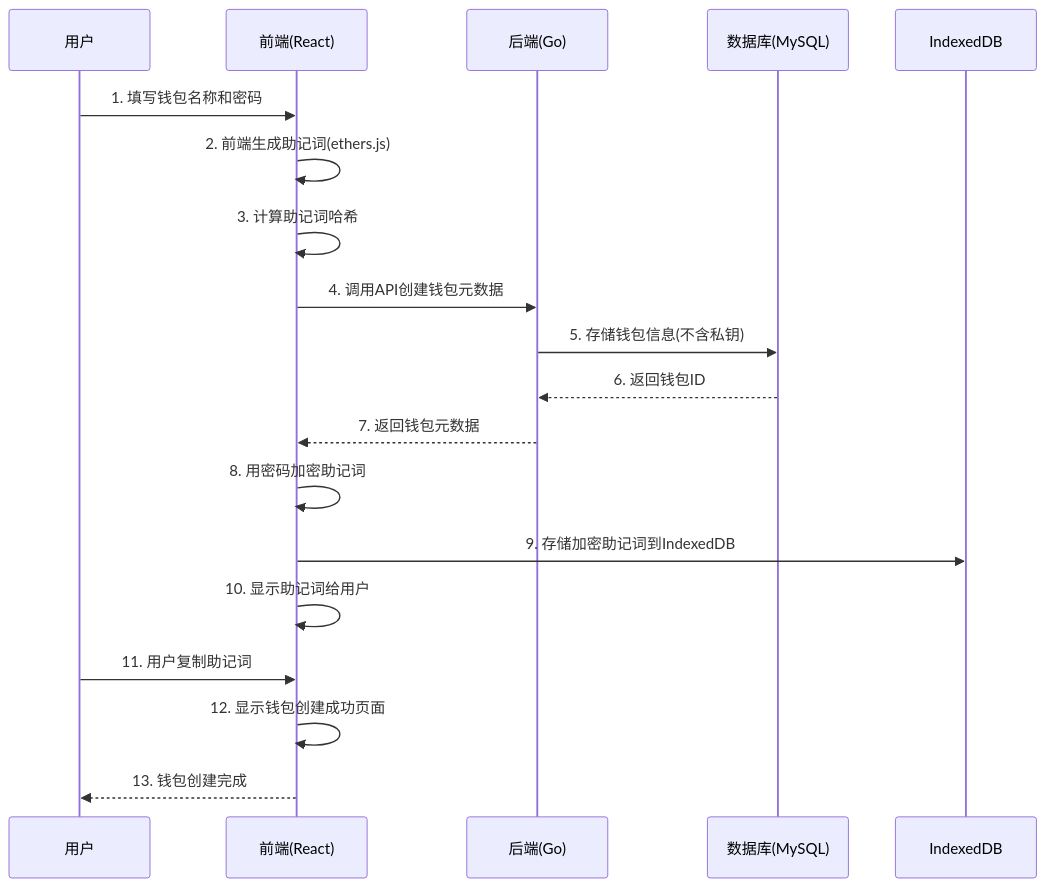
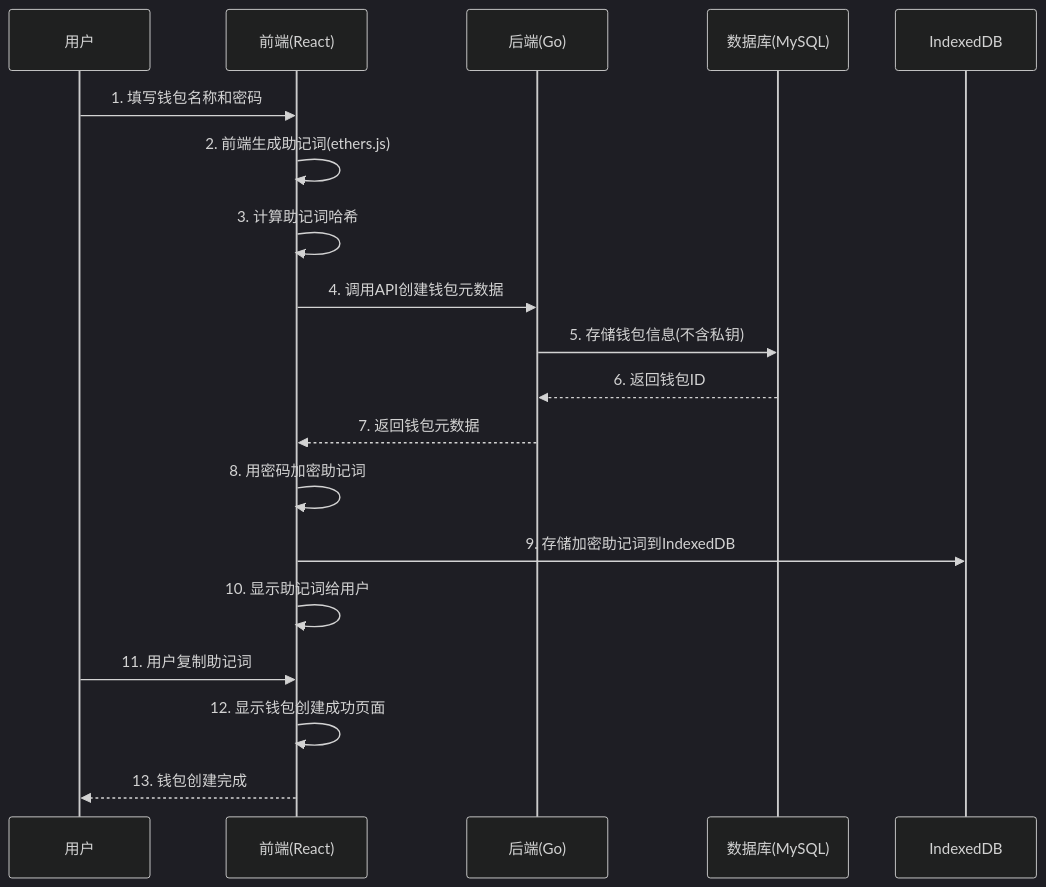
The diagram in content/01-multi-chain-wallet/core-flows/01-create-wallet.mdx (haikelei/web3-dev-lab), drawn with Mermaid before and after one commit. The commit also changed 7 other files, not shown here.

````diff
--- a/content/01-multi-chain-wallet/core-flows/01-create-wallet.mdx
+++ b/content/01-multi-chain-wallet/core-flows/01-create-wallet.mdx
@@ -7,22 +7,23 @@
 ```mermaid
+%%{init: {'theme':'dark', 'themeVariables': {'primaryColor':'#1f2937', 'primaryTextColor':'#e5e7eb', 'primaryBorderColor':'#4b5563', 'lineColor':'#6b7280', 'textColor':'#e5e7eb', 'noteBkgColor':'#374151', 'noteTextColor':'#e5e7eb'}}}%%
 sequenceDiagram
     participant U as 用户
     participant F as 前端(React)
     participant B as 后端(Go)
     participant D as 数据库(MySQL)
     participant I as IndexedDB
 
     U->>F: 1. 填写钱包名称和密码
     F->>F: 2. 前端生成助记词(ethers.js)
     F->>F: 3. 计算助记词哈希
     F->>B: 4. 调用API创建钱包元数据
     B->>D: 5. 存储钱包信息(不含私钥)
     D-->>B: 6. 返回钱包ID
     B-->>F: 7. 返回钱包元数据
     F->>F: 8. 用密码加密助记词
     F->>I: 9. 存储加密助记词到IndexedDB
     F->>F: 10. 显示助记词给用户
     U->>F: 11. 用户复制助记词
     F->>F: 12. 显示钱包创建成功页面
     F-->>U: 13. 钱包创建完成
 ```
````
